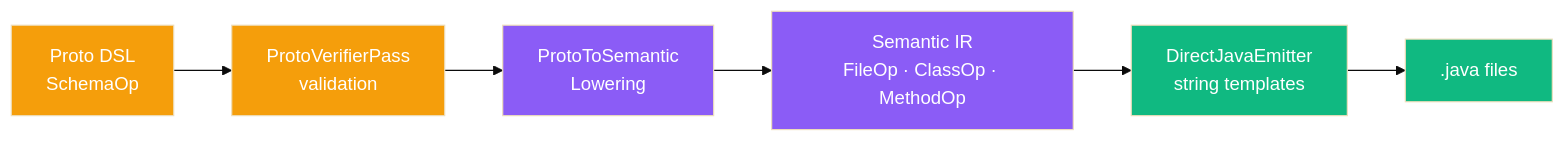
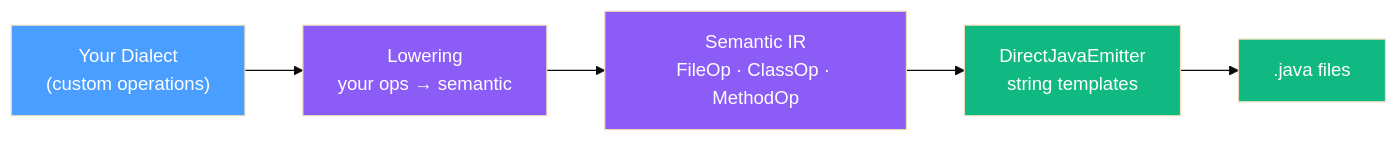
The tenth of 10 diagrams in docs/ARCHITECTURE.md (alnovis/ircraft), drawn with Mermaid (base theme) before and after one commit. The commit also changed other lines of this file and 51 other files, not shown here.

Commit message:
generic pass that normalizes Proto syntax into a Semantic IR representation suitable for any target language.

````diff
--- a/docs/ARCHITECTURE.md
+++ b/docs/ARCHITECTURE.md
@@ -432,18 +348,16 @@
 ```mermaid
 flowchart LR
-    DSL["Proto DSL\nSchemaOp"]
-    VER["ProtoVerifierPass\nvalidation"]
-    LOW["ProtoToSemantic\nLowering"]
+    SRC["Your Dialect\n(custom operations)"]
+    LOW["Lowering\nyour ops → semantic"]
     SEM["Semantic IR\nFileOp · ClassOp · MethodOp"]
     EMIT["DirectJavaEmitter\nstring templates"]
     OUT[".java files"]
 
-    DSL --> VER --> LOW --> SEM --> EMIT --> OUT
+    SRC --> LOW --> SEM --> EMIT --> OUT
 
-    style DSL fill:#f59e0b,color:#fff
-    style VER fill:#f59e0b,color:#fff
+    style SRC fill:#4a9eff,color:#fff
     style LOW fill:#8b5cf6,color:#fff
     style SEM fill:#8b5cf6,color:#fff
     style EMIT fill:#10b981,color:#fff
     style OUT fill:#10b981,color:#fff
 ```
````
